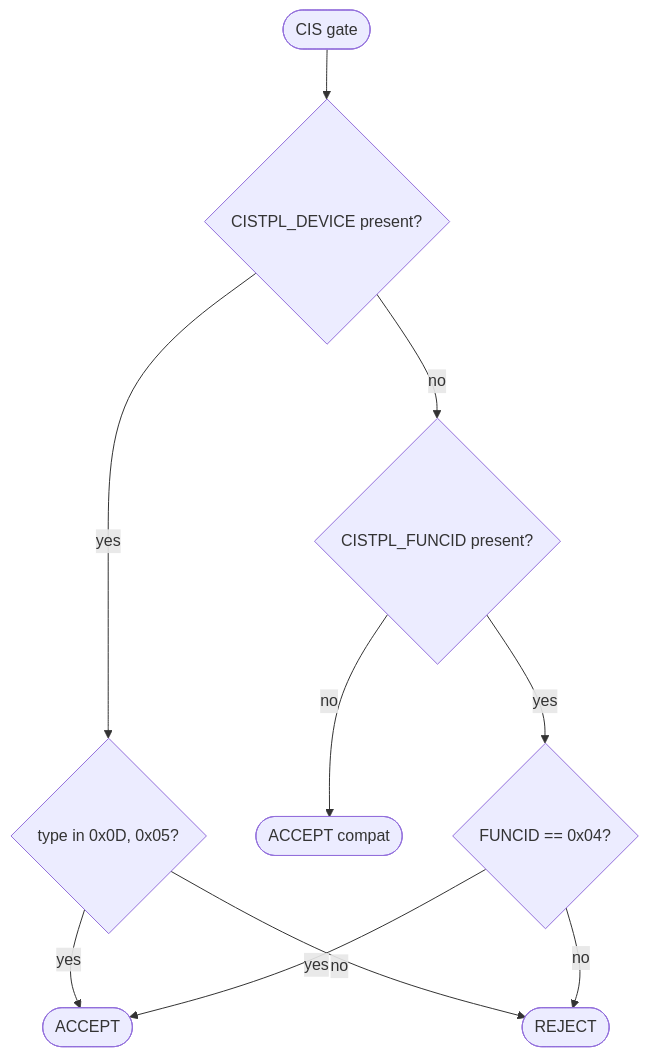
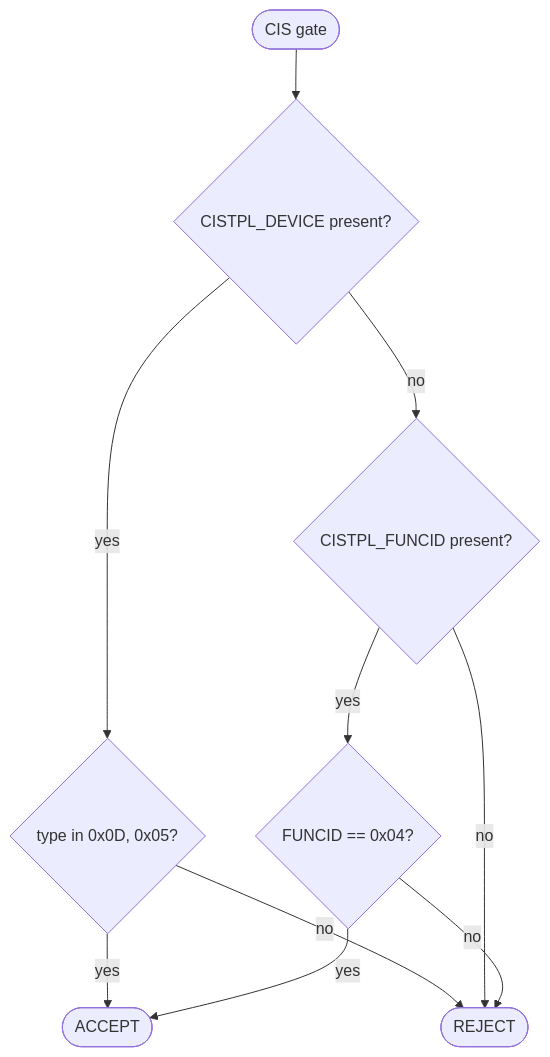
The first of 3 diagrams in README.md (pulchart/cfd), drawn with Mermaid before and after one commit. The commit also changed other lines of this file and 9 other files, not shown here.

````diff
--- a/README.md
+++ b/README.md
@@ -477,12 +481,12 @@
 ```mermaid
 flowchart TD
     Start([CIS gate]) --> HasDev{CISTPL_DEVICE present?}
     HasDev -- yes --> DevType{type in 0x0D, 0x05?}
     DevType -- yes --> Accept([ACCEPT])
     DevType -- no --> Reject([REJECT])
     HasDev -- no --> HasFunc{CISTPL_FUNCID present?}
-    HasFunc -- no --> AcceptCompat([ACCEPT compat])
+    HasFunc -- no --> Reject
     HasFunc -- yes --> FuncId{FUNCID == 0x04?}
     FuncId -- yes --> Accept
     FuncId -- no --> Reject
 ```
````
